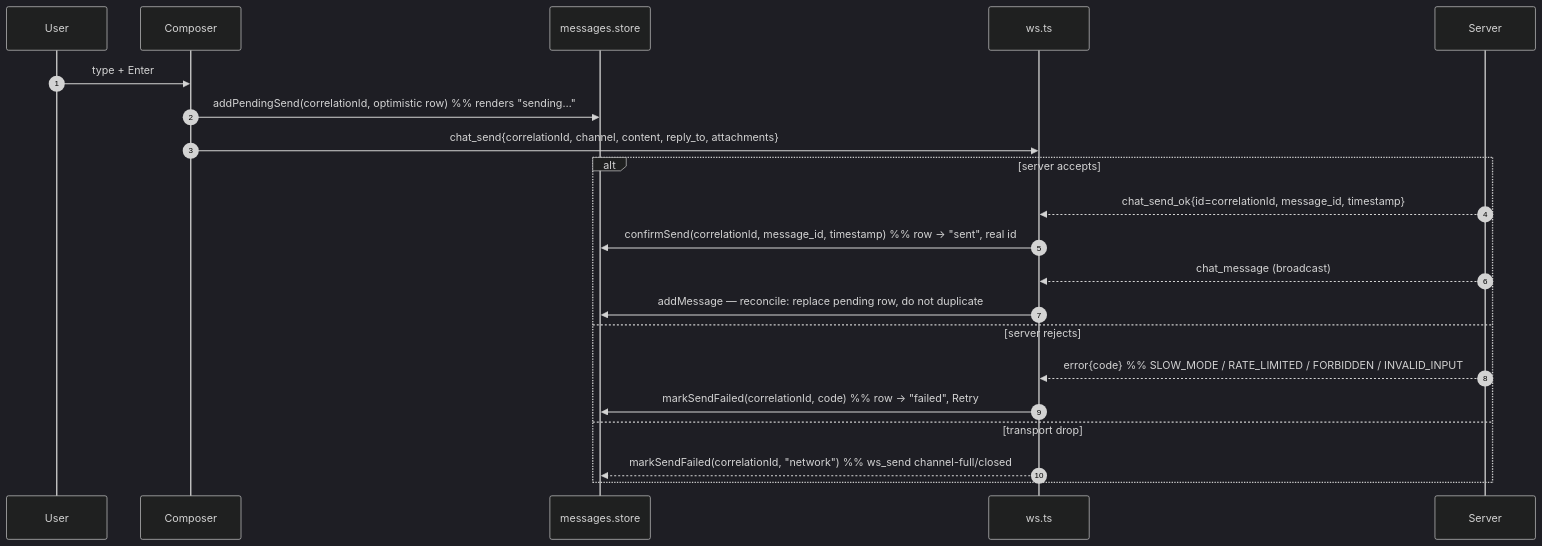
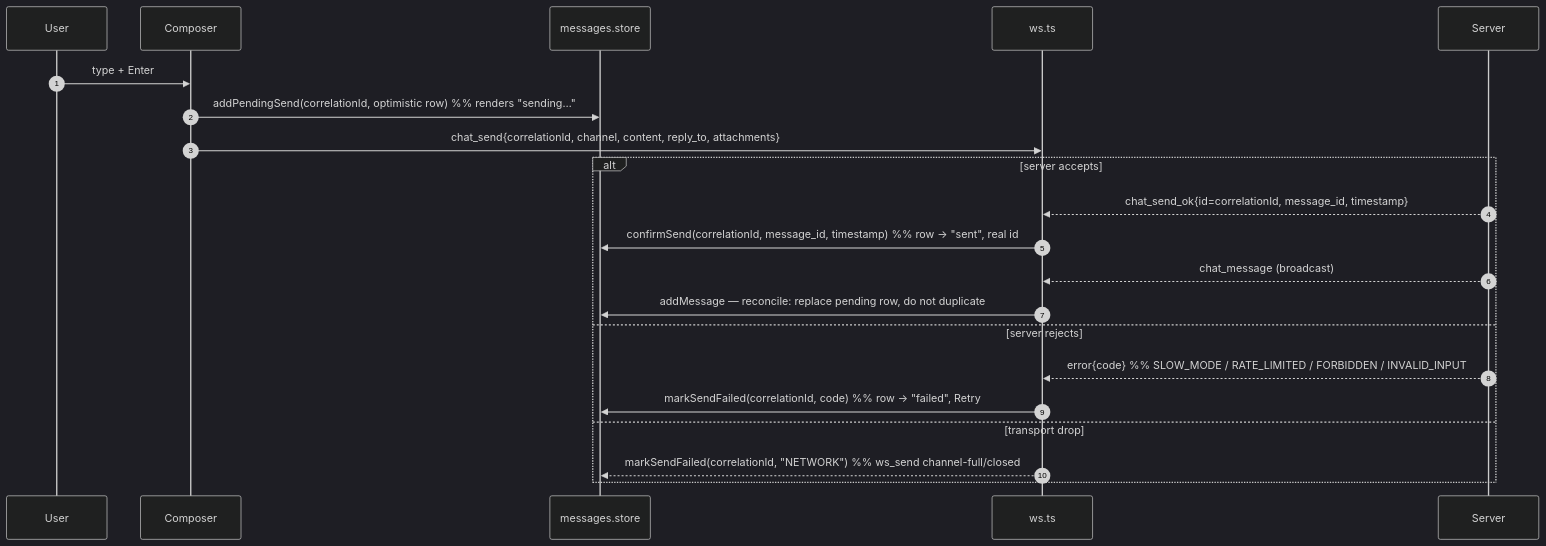
Before and after one commit to J3vb/OwnCord: the second of 2 diagrams in docs/architecture/ux/messaging.md, drawn with Mermaid (dark theme). The commit also changed other lines of this file and 30 other files, not shown here.

````diff
--- a/docs/architecture/ux/messaging.md
+++ b/docs/architecture/ux/messaging.md
@@ -81,23 +83,23 @@
 ```mermaid
 sequenceDiagram
     autonumber
     participant U as User
     participant C as Composer
     participant S as messages.store
     participant WS as ws.ts
     participant SRV as Server
     U->>C: type + Enter
     C->>S: addPendingSend(correlationId, optimistic row)  %% renders "sending…"
     C->>WS: chat_send{correlationId, channel, content, reply_to, attachments}
     alt server accepts
         SRV-->>WS: chat_send_ok{id=correlationId, message_id, timestamp}
         WS->>S: confirmSend(correlationId, message_id, timestamp)  %% row → "sent", real id
         SRV-->>WS: chat_message (broadcast)
         WS->>S: addMessage — reconcile: replace pending row, do not duplicate
     else server rejects
         SRV-->>WS: error{code}  %% SLOW_MODE / RATE_LIMITED / FORBIDDEN / INVALID_INPUT
         WS->>S: markSendFailed(correlationId, code)  %% row → "failed", Retry
     else transport drop
-        WS-->>S: markSendFailed(correlationId, "network")  %% ws_send channel-full/closed
+        WS-->>S: markSendFailed(correlationId, "NETWORK")  %% ws_send channel-full/closed
     end
 ```
````
